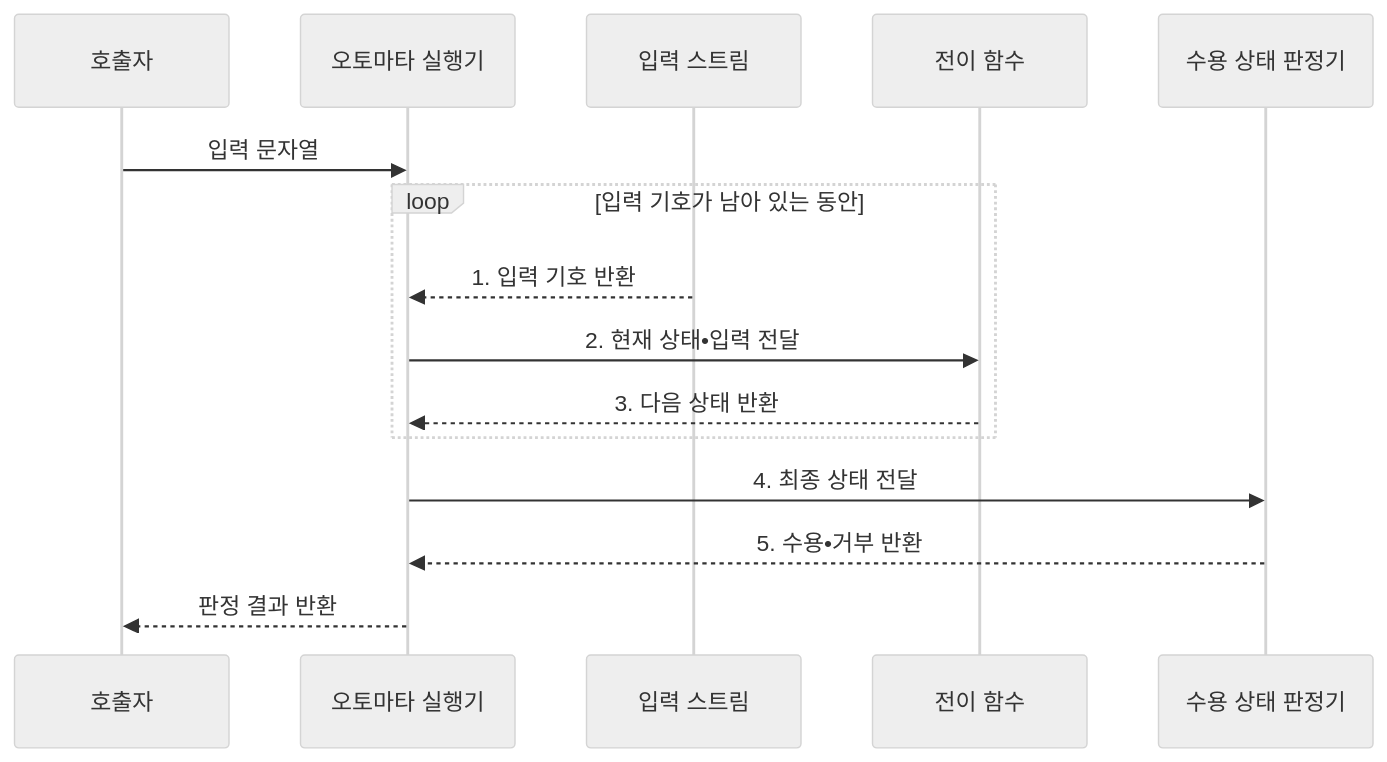
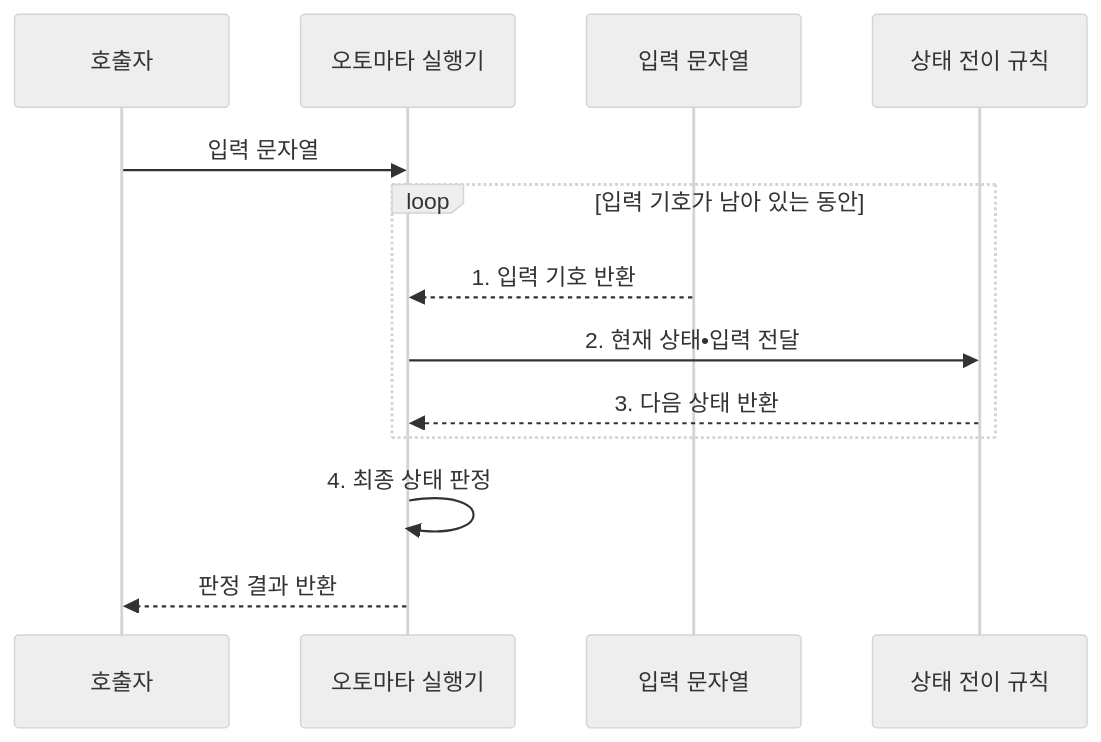
One commit to agnusdei1207/knowledge-base changed the second of 2 diagrams in src/content/docs/notes/01-basic-theory/020_automata_theory.md. Above: the diagram before and after it, drawn with Mermaid (neutral theme). The commit also changed other lines of this file and 4 other files, not shown here.

Commit message:
Reduce algorithm flow participants

````diff
--- a/src/content/docs/notes/01-basic-theory/020_automata_theory.md
+++ b/src/content/docs/notes/01-basic-theory/020_automata_theory.md
@@ -105,17 +105,15 @@
 ```mermaid
 sequenceDiagram
     participant C as 호출자
     participant A as 오토마타 실행기
-    participant I as 입력 스트림
-    participant D as 전이 함수
-    participant F as 수용 상태 판정기
+    participant I as 입력 문자열
+    participant D as 상태 전이 규칙
     C->>A: 입력 문자열
     loop 입력 기호가 남아 있는 동안
         I-->>A: 1. 입력 기호 반환
         A->>D: 2. 현재 상태•입력 전달
         D-->>A: 3. 다음 상태 반환
     end
-    A->>F: 4. 최종 상태 전달
-    F-->>A: 5. 수용•거부 반환
+    A->>A: 4. 최종 상태 판정
     A-->>C: 판정 결과 반환
 ```
````
